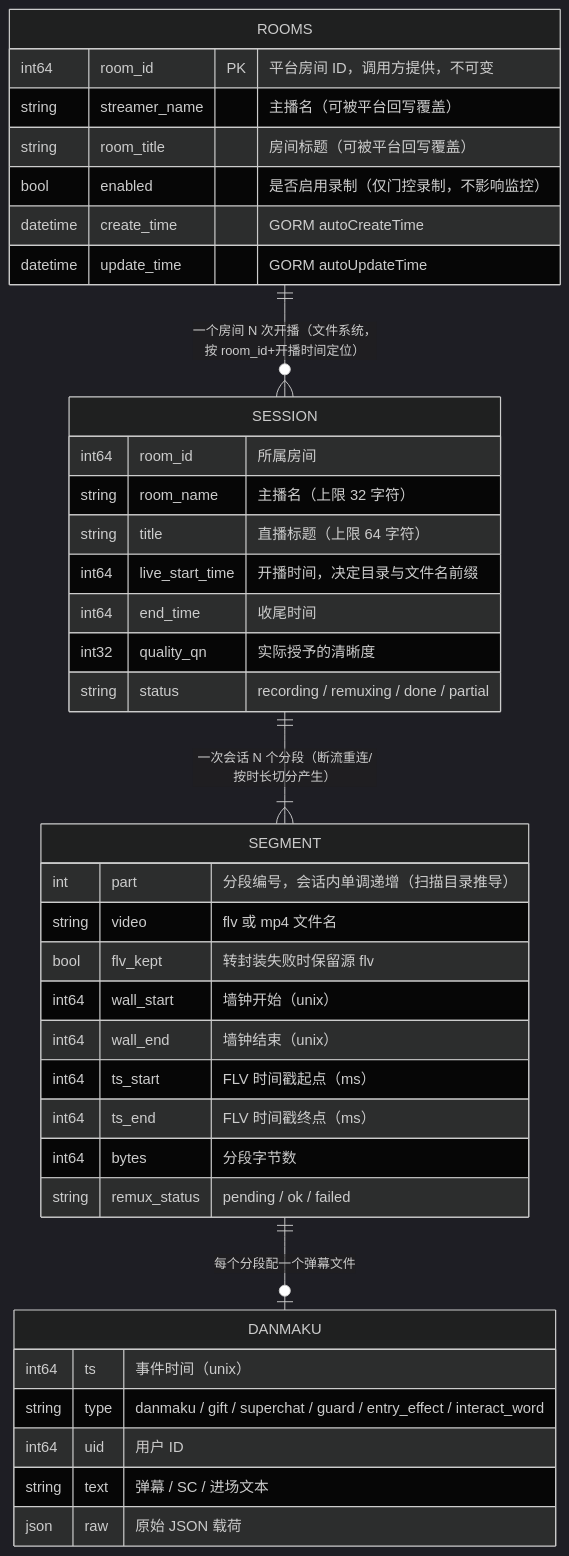
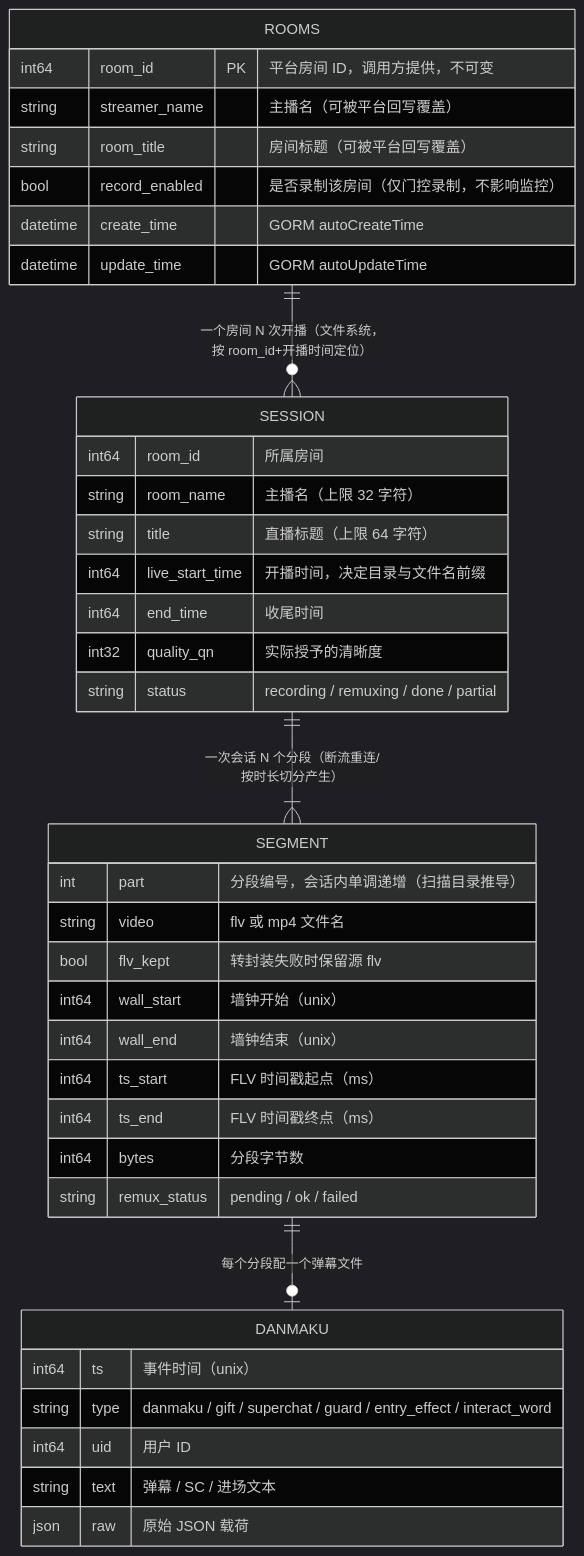
One commit to xgbt/suika changed the tenth of 10 diagrams in docs/design/architecture-diagrams.md. Above: the diagram before and after it, drawn with Mermaid (dark theme). The commit also changed other lines of this file and 19 other files, not shown here.

First line of the commit message:
refactor: rename 'enabled' to 'record_enabled' in session policy and related components

````diff
--- a/docs/design/architecture-diagrams.md
+++ b/docs/design/architecture-diagrams.md
@@ -369,45 +369,45 @@
 ```mermaid
 erDiagram
     ROOMS ||--o{ SESSION : "一个房间 N 次开播（文件系统，按 room_id+开播时间定位）"
     SESSION ||--|{ SEGMENT : "一次会话 N 个分段（断流重连/按时长切分产生）"
     SEGMENT ||--o| DANMAKU : "每个分段配一个弹幕文件"
 
     ROOMS {
         int64 room_id PK "平台房间 ID，调用方提供，不可变"
         string streamer_name "主播名（可被平台回写覆盖）"
         string room_title "房间标题（可被平台回写覆盖）"
-        bool enabled "是否启用录制（仅门控录制，不影响监控）"
+        bool record_enabled "是否录制该房间（仅门控录制，不影响监控）"
         datetime create_time "GORM autoCreateTime"
         datetime update_time "GORM autoUpdateTime"
     }
 
     SESSION {
         int64 room_id "所属房间"
         string room_name "主播名（上限 32 字符）"
         string title "直播标题（上限 64 字符）"
         int64 live_start_time "开播时间，决定目录与文件名前缀"
         int64 end_time "收尾时间"
         int32 quality_qn "实际授予的清晰度"
         string status "recording / remuxing / done / partial"
     }
 
     SEGMENT {
         int part "分段编号，会话内单调递增（扫描目录推导）"
         string video "flv 或 mp4 文件名"
         bool flv_kept "转封装失败时保留源 flv"
         int64 wall_start "墙钟开始（unix）"
         int64 wall_end "墙钟结束（unix）"
         int64 ts_start "FLV 时间戳起点（ms）"
         int64 ts_end "FLV 时间戳终点（ms）"
         int64 bytes "分段字节数"
         string remux_status "pending / ok / failed"
     }
 
     DANMAKU {
         int64 ts "事件时间（unix）"
         string type "danmaku / gift / superchat / guard / entry_effect / interact_word"
         int64 uid "用户 ID"
         string text "弹幕 / SC / 进场文本"
         json raw "原始 JSON 载荷"
     }
 ```
````
